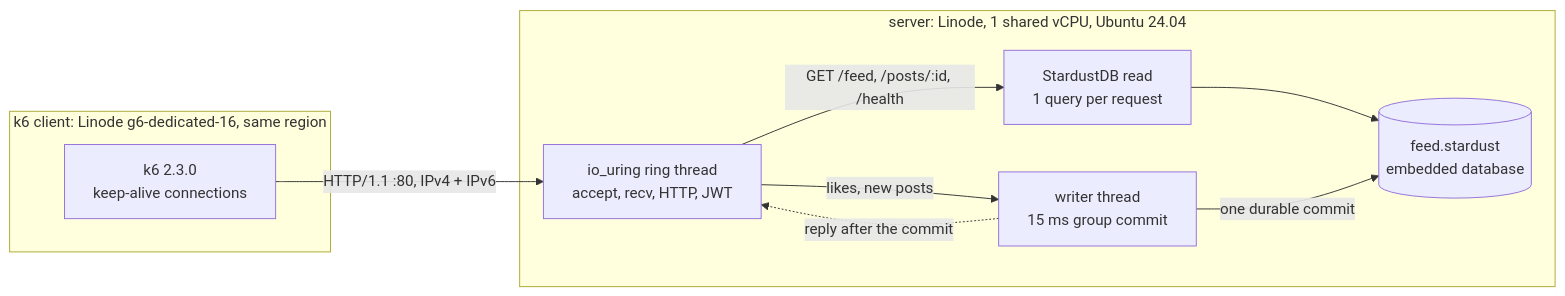
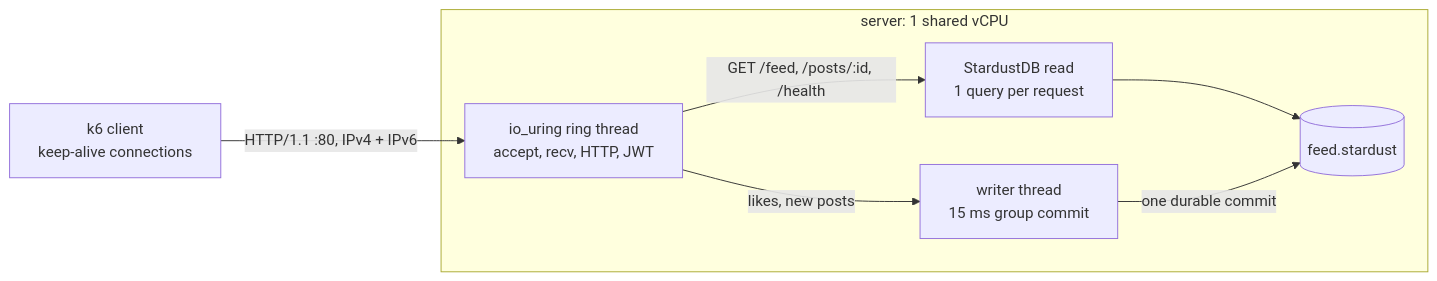
The diagram in README.md (tobalo/stardust-api-bench), drawn with Mermaid before and after one commit. The commit also changed other lines of this file and 2 other files, not shown here.

````diff
--- a/README.md
+++ b/README.md
@@ -37,16 +30,12 @@
 ```mermaid
 flowchart LR
-  subgraph client["k6 client: Linode g6-dedicated-16, same region"]
-    k6["k6 2.3.0<br/>keep-alive connections"]
-  end
-  subgraph server["server: Linode, 1 shared vCPU, Ubuntu 24.04"]
+  k6["k6 client<br/>keep-alive connections"] -->|"HTTP/1.1 :80, IPv4 + IPv6"| ring
+  subgraph server["server: 1 shared vCPU"]
     ring["io_uring ring thread<br/>accept, recv, HTTP, JWT"]
     read["StardustDB read<br/>1 query per request"]
     writer["writer thread<br/>15 ms group commit"]
-    db[("feed.stardust<br/>embedded database")]
+    db[("feed.stardust")]
   end
-  k6 -->|"HTTP/1.1 :80, IPv4 + IPv6"| ring
   ring -->|"GET /feed, /posts/:id, /health"| read --> db
   ring -->|"likes, new posts"| writer -->|"one durable commit"| db
-  writer -.->|"reply after the commit"| ring
 ```
````
